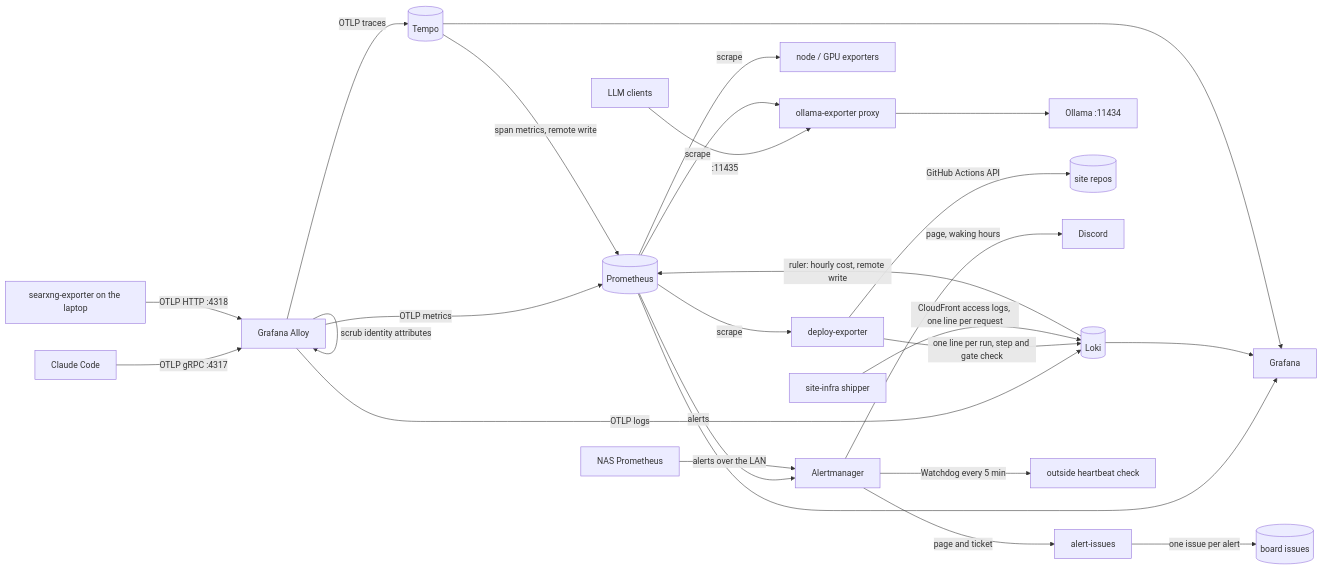
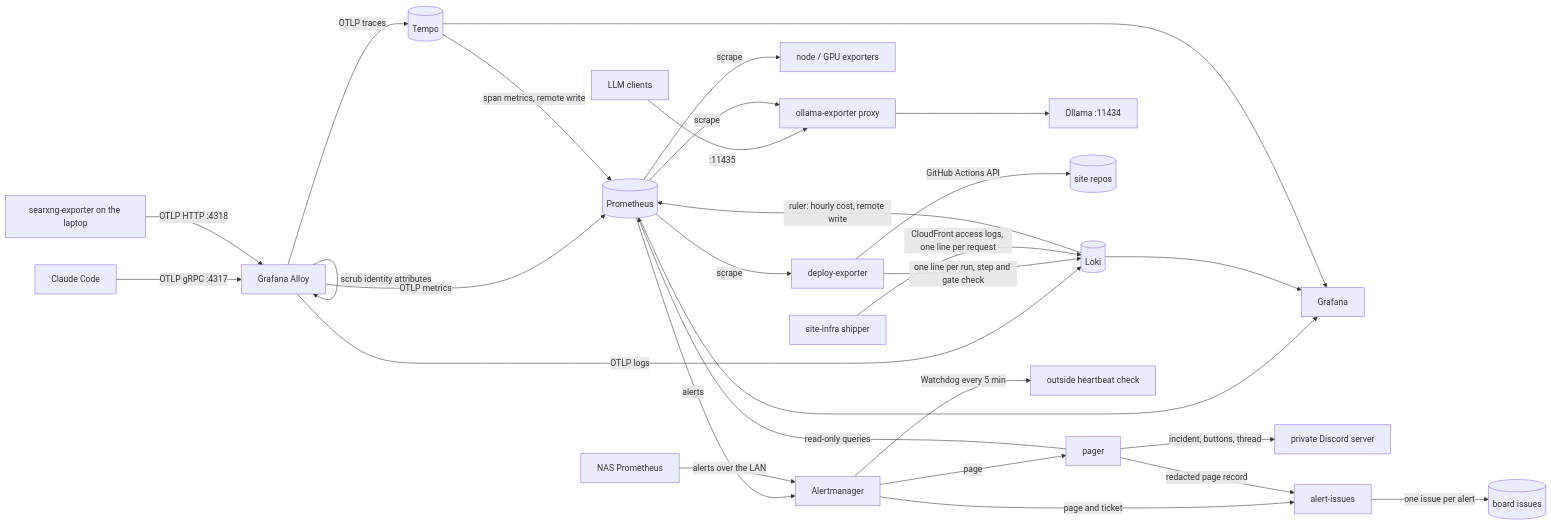
Before and after one commit to uncovertechtalent/agent-observability: the diagram in README.md, drawn with Mermaid. The commit also changed other lines of this file and 21 other files, not shown here.

First line of the commit message:
#36 Pager on Discord: land PR 4 on main (#5)

````diff
--- a/README.md
+++ b/README.md
@@ -17,24 +17,26 @@
 ```mermaid
 flowchart LR
   CC[Claude Code] -- OTLP gRPC :4317 --> A[Grafana Alloy]
   A -- scrub identity attributes --> A
   A -- OTLP metrics --> P[(Prometheus)]
   A -- OTLP logs --> L[(Loki)]
   A -- OTLP traces --> T[(Tempo)]
   T -- span metrics, remote write --> P
   L -- ruler: hourly cost, remote write --> P
   C[LLM clients] -- :11435 --> X[ollama-exporter proxy] --> O[Ollama :11434]
   P -- scrape --> X
   P -- scrape --> N[node / GPU exporters]
   D[deploy-exporter] -- GitHub Actions API --> GH[(site repos)]
   D -- one line per run, step and gate check --> L
   P -- scrape --> D
   S[searxng-exporter on the laptop] -- OTLP HTTP :4318 --> A
   W[site-infra shipper] -- CloudFront access logs, one line per request --> L
   P & L & T --> G[Grafana]
   P -- alerts --> AM[Alertmanager]
   NP[NAS Prometheus] -- alerts over the LAN --> AM
-  AM -- page, waking hours --> DC[Discord]
+  AM -- page --> PG[pager] -- incident, buttons, thread --> DC[private Discord server]
+  PG -- read-only queries --> P
   AM -- page and ticket --> AI[alert-issues] -- one issue per alert --> GHI[(board issues)]
+  PG -- redacted page record --> AI
   AM -- Watchdog every 5 min --> HB[outside heartbeat check]
 ```
````
